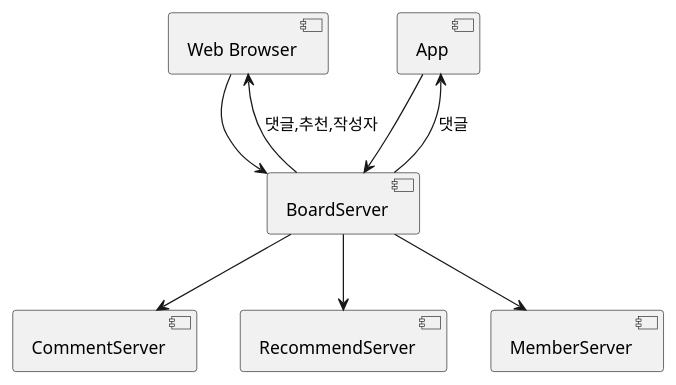
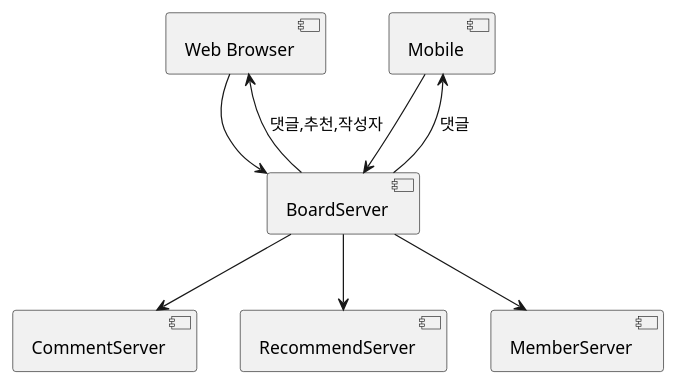
Before and after one commit to supawer0728/supawer0728.github.io: the diagram in source/_posts/Spring-request-model1.md, drawn with PlantUML. The commit also changed other lines of this file and 6 other files, not shown here.

```diff
--- a/source/_posts/Spring-request-model1.md
+++ b/source/_posts/Spring-request-model1.md
@@ -23,9 +24,9 @@
 {% plantuml %}
-[App] --> [BoardServer]
-[BoardServer] -up-> [App] : 댓글
+[Mobile] --> [BoardServer]
+[BoardServer] -up-> [Mobile] : 댓글
 [Web Browser] --> [BoardServer]
 [BoardServer] -up-> [Web Browser] : 댓글,추천,작성자
 [BoardServer] --> [CommentServer]
 [BoardServer] --> [RecommendServer]
 [BoardServer] --> [MemberServer]
 {% endplantuml %}
```
